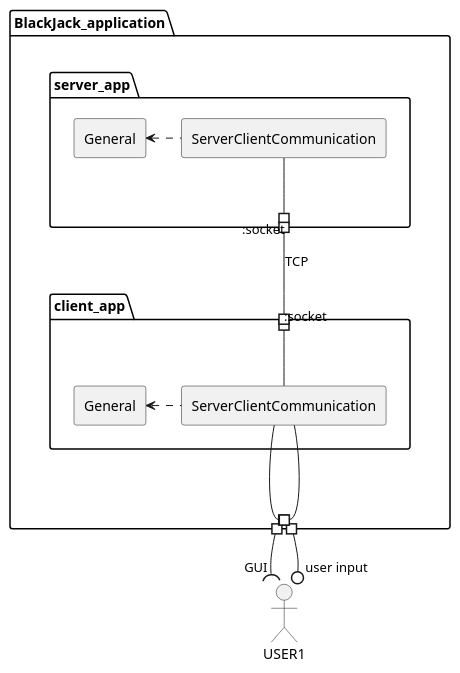
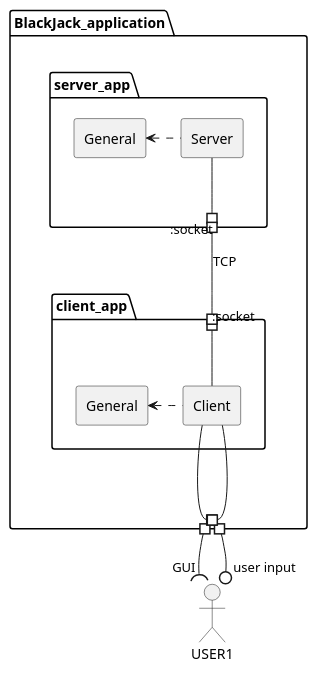
The diagram in sds/plant_codes/comp_struct_diag.puml (luca-commits/blackjack), drawn with PlantUML before and after one commit. The commit also changed 7 other files, not shown here.

```diff
--- a/sds/plant_codes/comp_struct_diag.puml
+++ b/sds/plant_codes/comp_struct_diag.puml
@@ -3,40 +3,40 @@
 @startuml "composite_structure"
 
 package BlackJack_application{
 
          
     folder client_app {
 
         rectangle General
-        rectangle ServerClientCommunication as Client
-        ' rectangle Client
+        ' rectangle ServerClientCommunication as Client
+        rectangle Client
 
         Client .left.> General
         Client -up-# client_app 
         
     }
 
     folder server_app {
         rectangle General as General_
-        rectangle ServerClientCommunication as Server
-        ' rectangle Server
+        ' rectangle ServerClientCommunication as Server
+        rectangle Server
 
         Server .left.>General_
         Server -down-# server_app
     }
 
     client_app ":socket" #-up-# ":socket" server_app : TCP
     
 
 
 
 }
 
 
 
     :USER1: "GUI" )-up-# BlackJack_application 
     BlackJack_application#-up- Client
     :USER1: "user input" 0-up-# BlackJack_application
     BlackJack_application #-up- Client
 
 @enduml
```
